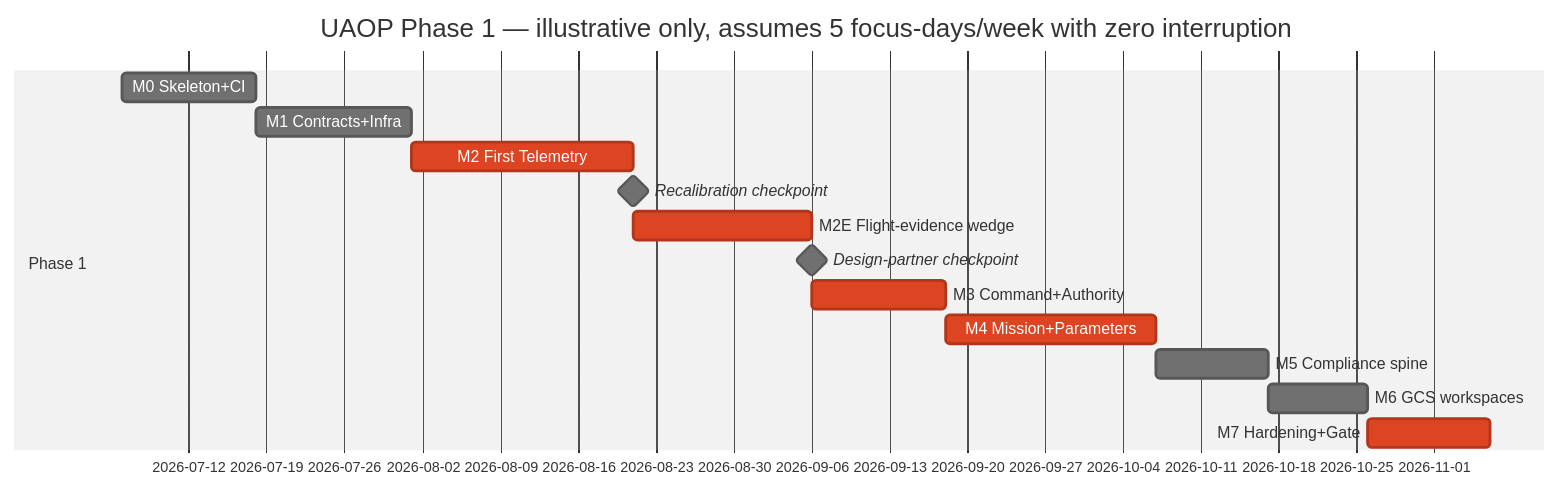
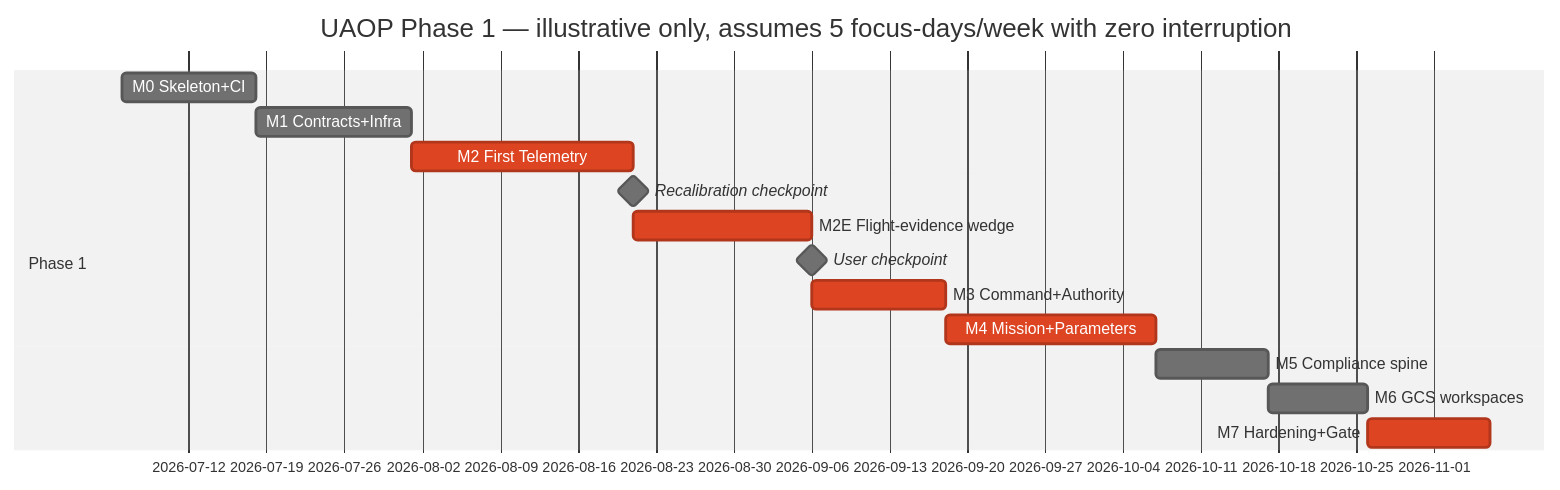
The second of 2 diagrams in docs/07_Implementation_Guides/IMPLEMENTATION_PLAN.md (Praddyx15/UAOP), drawn with Mermaid (neutral theme) before and after one commit. The commit also changed other lines of this file and 122 other files, not shown here.

````diff
--- a/docs/07_Implementation_Guides/IMPLEMENTATION_PLAN.md
+++ b/docs/07_Implementation_Guides/IMPLEMENTATION_PLAN.md
@@ -68,17 +68,17 @@
 ```mermaid
 gantt
     dateFormat  YYYY-MM-DD
     title UAOP Phase 1 — illustrative only, assumes 5 focus-days/week with zero interruption
     section Phase 1
     M0 Skeleton+CI            :m0, 2026-07-06, 12d
     M1 Contracts+Infra        :m1, after m0, 14d
     M2 First Telemetry        :crit, m2, after m1, 20d
     Recalibration checkpoint  :milestone, after m2, 0d
     M2E Flight-evidence wedge :crit, m2e, after m2, 16d
-    Design-partner checkpoint :milestone, after m2e, 0d
+    User checkpoint           :milestone, after m2e, 0d
     M3 Command+Authority      :crit, m3, after m2e, 12d
     M4 Mission+Parameters     :crit, m4, after m3, 19d
     M5 Compliance spine       :m5, after m4, 10d
     M6 GCS workspaces         :m6, after m5, 9d
     M7 Hardening+Gate         :crit, m7, after m6, 11d
 ```
````
